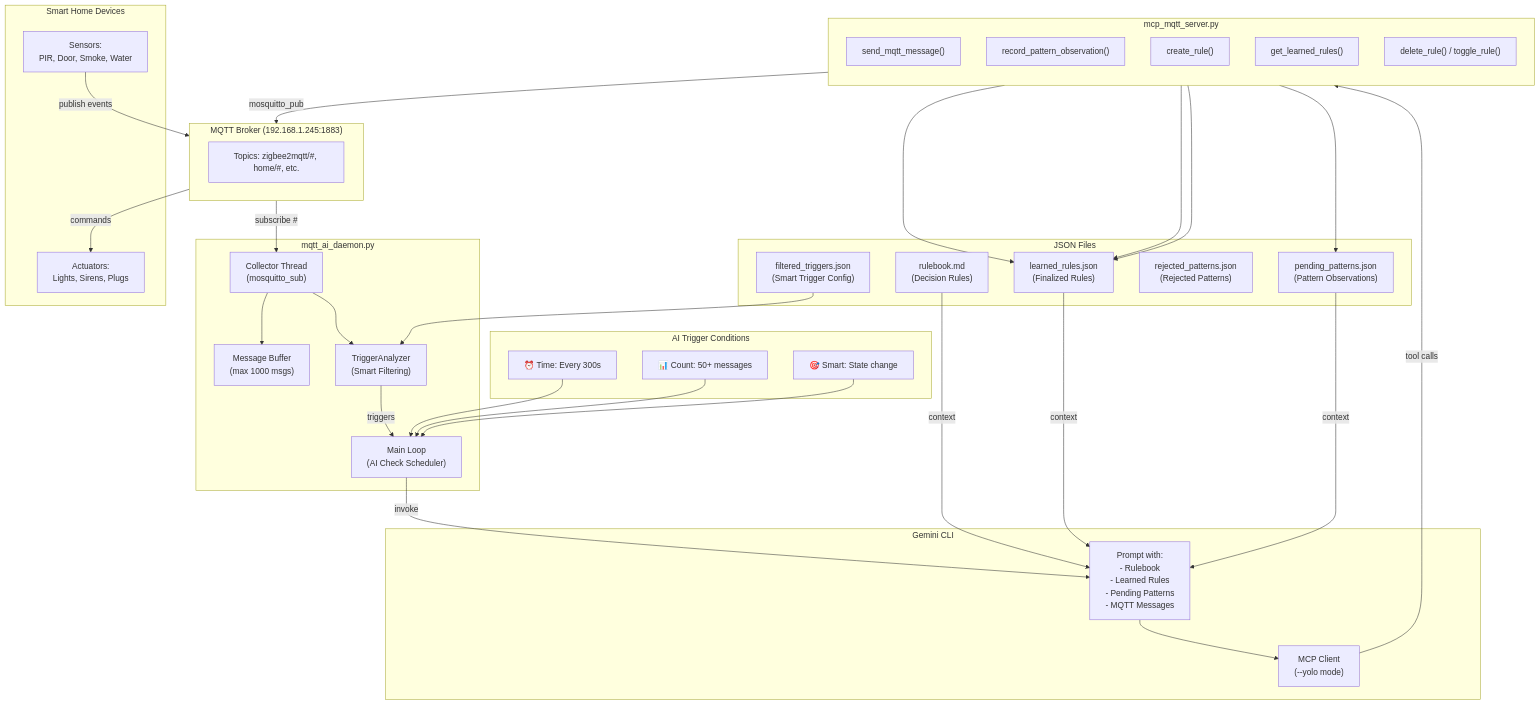
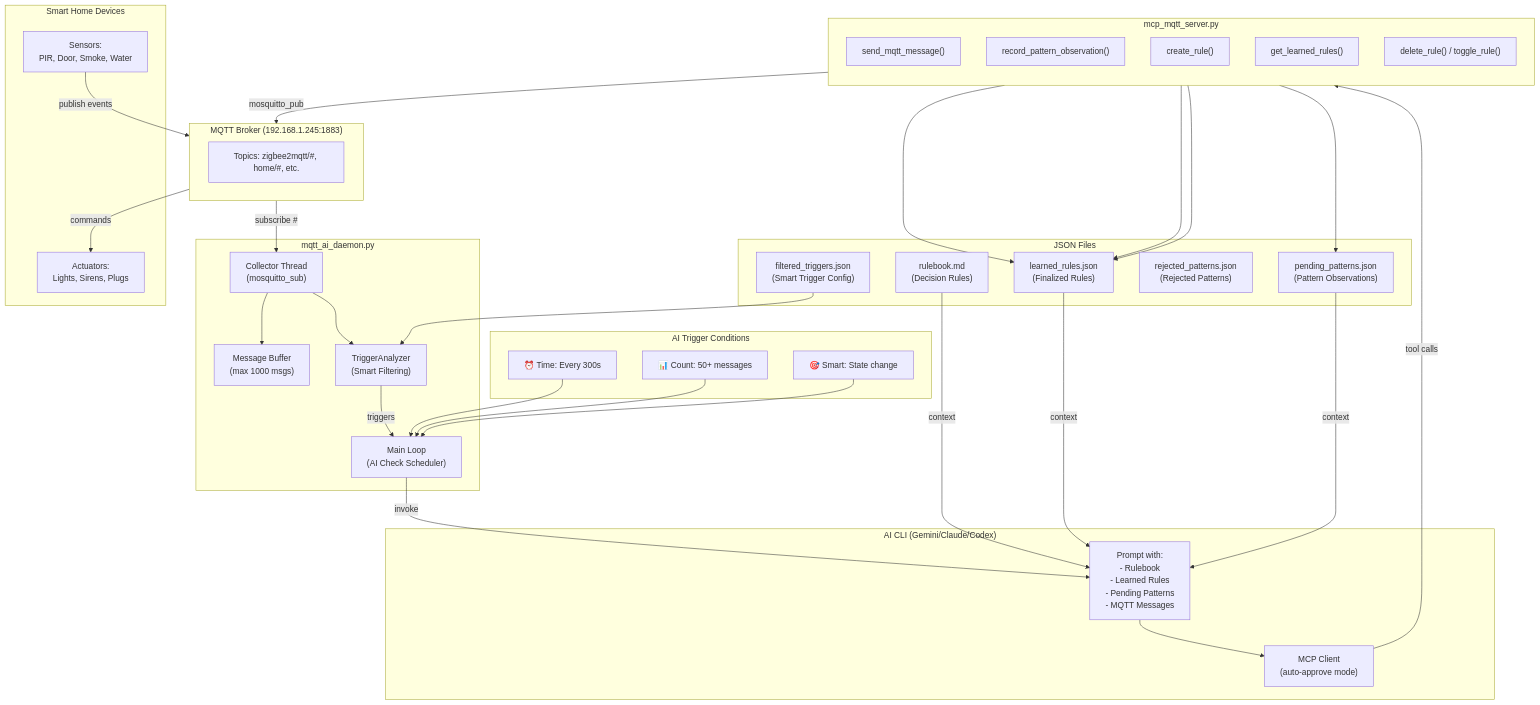
Before and after one commit to mvklingeren/mqtt2ai: the first of 3 diagrams in README.md, drawn with Mermaid. The commit also changed other lines of this file and 4 other files, not shown here.

Commit message:
claude / codex implementations

````diff
--- a/README.md
+++ b/README.md
@@ -18,74 +18,74 @@
 ```mermaid
 flowchart TB
     subgraph MQTT["MQTT Broker (192.168.1.245:1883)"]
         Topics["Topics: zigbee2mqtt/#, home/#, etc."]
     end
 
     subgraph Daemon["mqtt_ai_daemon.py"]
         Collector["Collector Thread<br/>(mosquitto_sub)"]
         MessageDeque["Message Buffer<br/>(max 1000 msgs)"]
         TriggerAnalyzer["TriggerAnalyzer<br/>(Smart Filtering)"]
         AILoop["Main Loop<br/>(AI Check Scheduler)"]
     end
 
     subgraph Triggers["AI Trigger Conditions"]
         T1["⏰ Time: Every 300s"]
         T2["📊 Count: 50+ messages"]
         T3["🎯 Smart: State change"]
     end
 
-    subgraph GeminiAI["Gemini CLI"]
+    subgraph AI["AI CLI (Gemini/Claude/Codex)"]
         Prompt["Prompt with:<br/>- Rulebook<br/>- Learned Rules<br/>- Pending Patterns<br/>- MQTT Messages"]
-        MCPClient["MCP Client<br/>(--yolo mode)"]
+        MCPClient["MCP Client<br/>(auto-approve mode)"]
     end
 
     subgraph MCPServer["mcp_mqtt_server.py"]
         direction TB
         Tool1["send_mqtt_message()"]
         Tool2["record_pattern_observation()"]
         Tool3["create_rule()"]
         Tool4["get_learned_rules()"]
         Tool5["delete_rule() / toggle_rule()"]
     end
 
     subgraph Storage["JSON Files"]
         RulebookMD["rulebook.md<br/>(Decision Rules)"]
         LearnedRules["learned_rules.json<br/>(Finalized Rules)"]
         PendingPatterns["pending_patterns.json<br/>(Pattern Observations)"]
         RejectedPatterns["rejected_patterns.json<br/>(Rejected Patterns)"]
         FilteredTriggers["filtered_triggers.json<br/>(Smart Trigger Config)"]
     end
 
     subgraph Devices["Smart Home Devices"]
         Sensors["Sensors:<br/>PIR, Door, Smoke, Water"]
         Actuators["Actuators:<br/>Lights, Sirens, Plugs"]
     end
 
     %% Data Flow
     Sensors -->|"publish events"| MQTT
     MQTT -->|"subscribe #"| Collector
     Collector --> MessageDeque
     Collector --> TriggerAnalyzer
     TriggerAnalyzer -->|"triggers"| AILoop
     
     T1 --> AILoop
     T2 --> AILoop
     T3 --> AILoop
 
     AILoop -->|"invoke"| Prompt
     RulebookMD -->|"context"| Prompt
     LearnedRules -->|"context"| Prompt
     PendingPatterns -->|"context"| Prompt
     
     Prompt --> MCPClient
     MCPClient -->|"tool calls"| MCPServer
     
     Tool1 -->|"mosquitto_pub"| MQTT
     Tool2 --> PendingPatterns
     Tool3 --> LearnedRules
     Tool4 --> LearnedRules
     Tool5 --> LearnedRules
 
     MQTT -->|"commands"| Actuators
     FilteredTriggers --> TriggerAnalyzer
 ```
````
